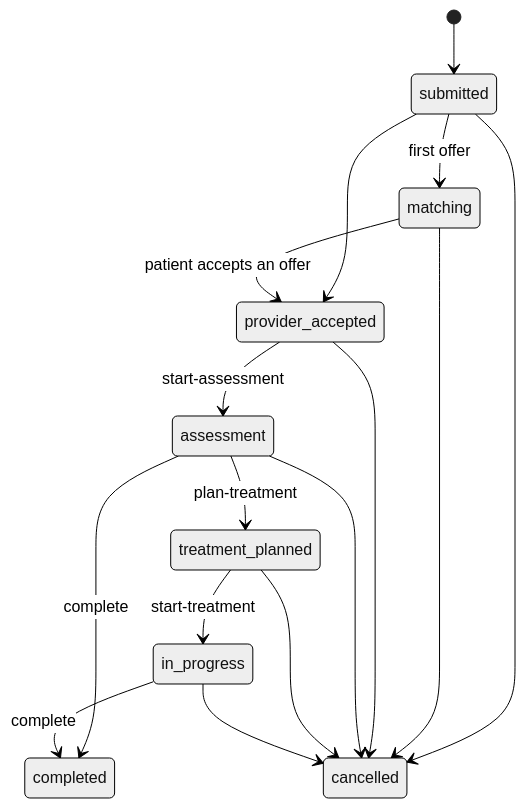
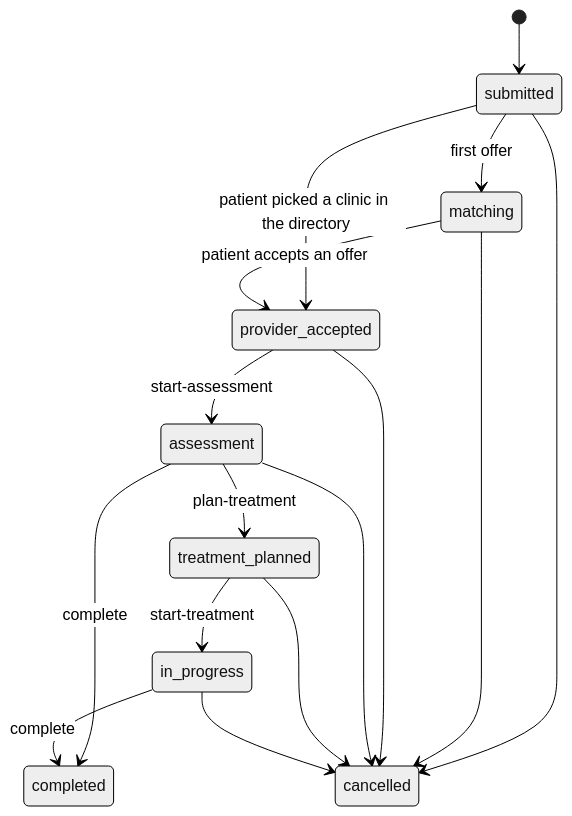
One commit to Ghosted34/CAREBRIDGE changed the second of 3 diagrams in docs/data-model.md. Above: the diagram before and after it, drawn with Mermaid (neutral theme). The commit also changed other lines of this file and 70 other files, not shown here.

````diff
--- a/docs/data-model.md
+++ b/docs/data-model.md
@@ -56,18 +70,18 @@
 ```mermaid
 stateDiagram-v2
   [*] --> submitted
   submitted --> matching: first offer
-  submitted --> provider_accepted
+  submitted --> provider_accepted: patient picked a clinic in the directory
   matching --> provider_accepted: patient accepts an offer
   provider_accepted --> assessment: start-assessment
   assessment --> treatment_planned: plan-treatment
   assessment --> completed: complete
   treatment_planned --> in_progress: start-treatment
   in_progress --> completed: complete
   submitted --> cancelled
   matching --> cancelled
   provider_accepted --> cancelled
   assessment --> cancelled
   treatment_planned --> cancelled
   in_progress --> cancelled
 ```
````
